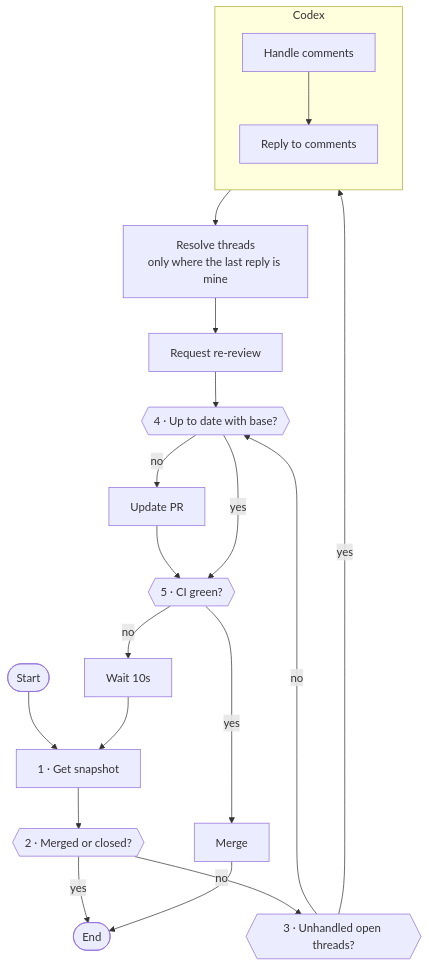
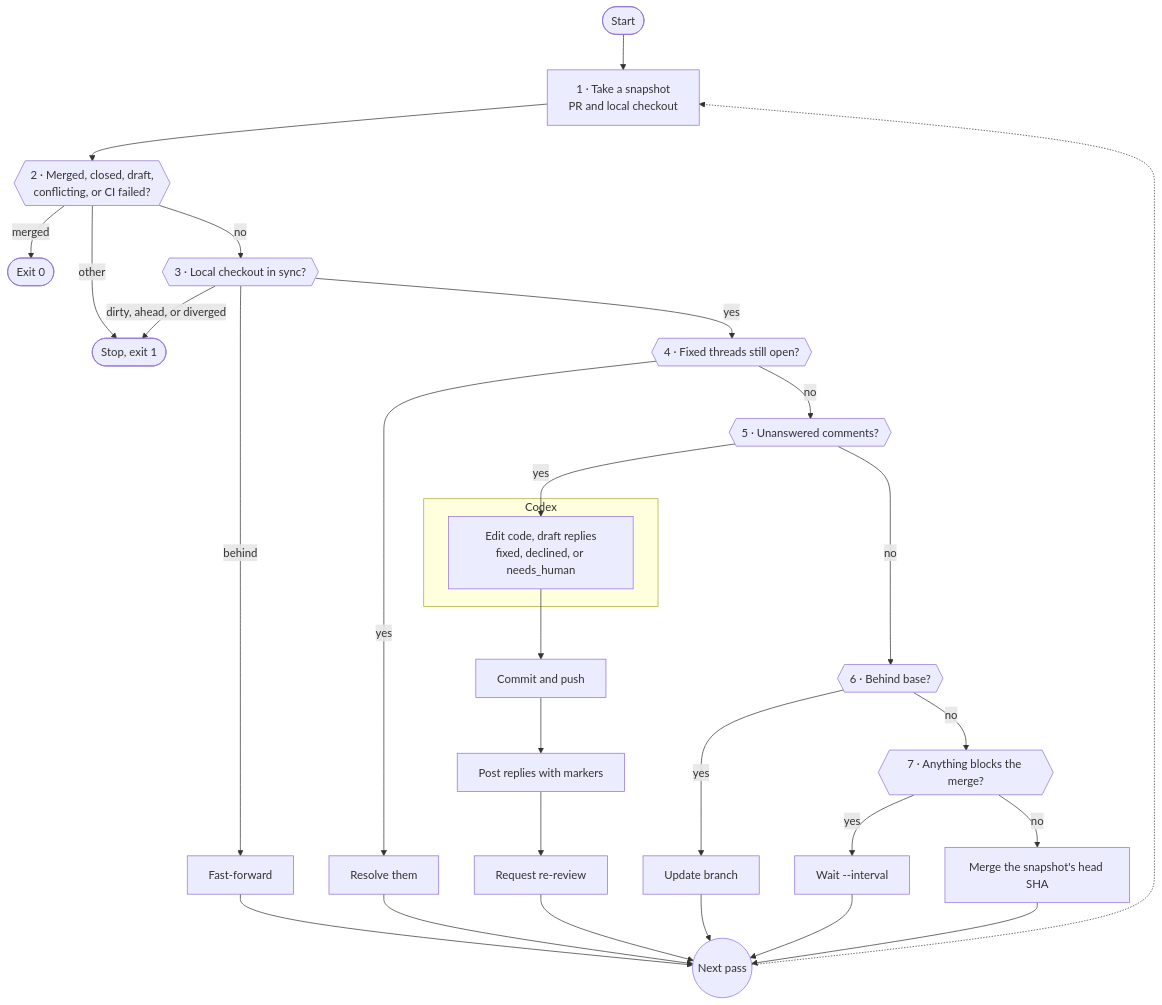
The diagram in README.md (vikrrantshah/baby-sitter), drawn with Mermaid before and after one commit. The commit also changed other lines of this file and 1 other file, not shown here.

Commit message:
docs: described the built babysitter flow (#3)

````diff
--- a/README.md
+++ b/README.md
@@ -9,26 +47,24 @@
 ```mermaid
 flowchart TD
-  START([Start]) --> SNAP
-
-  SNAP["1 · Get snapshot"] --> MC{{"2 · Merged or closed?"}}
-  MC -- yes --> END([End])
-  MC -- no --> TH{{"3 · Unhandled open threads?"}}
-
-  TH -- yes --> HC
+  START([Start]) --> SNAP["1 · Take a snapshot<br/>PR and local checkout"]
+  SNAP --> T{{"2 · Merged, closed, draft,<br/>conflicting, or CI failed?"}}
+  T -- merged --> DONE([Exit 0])
+  T -- other --> STOP([Stop, exit 1])
+  T -- no --> L{{"3 · Local checkout in sync?"}}
+  L -- behind --> FF["Fast-forward"] --> NEXT
+  L -- "dirty, ahead, or diverged" --> STOP
+  L -- yes --> RF{{"4 · Fixed threads still open?"}}
+  RF -- yes --> RES["Resolve them"] --> NEXT
+  RF -- no --> UH{{"5 · Unanswered comments?"}}
+  UH -- yes --> HC
   subgraph CODEX ["Codex"]
-    direction TB
-    HC["Handle comments"] --> RC["Reply to comments"]
+    HC["Edit code, draft replies<br/>fixed, declined, or needs_human"]
   end
-  RC --> RS["Resolve threads<br/>only where the last reply is mine"]
-  RS --> RQ["Request re-review"]
-  RQ --> UTD
-  TH -- no --> UTD
-
-  UTD{{"4 · Up to date with base?"}}
-  UTD -- no --> UP["Update PR"] --> CI
-  UTD -- yes --> CI
-
-  CI{{"5 · CI green?"}}
-  CI -- yes --> MERGE["Merge"] --> END
-  CI -- no --> WAIT["Wait 10s"] --> SNAP
+  HC --> PUSH["Commit and push"] --> REPLY["Post replies with markers"] --> RR["Request re-review"] --> NEXT
+  UH -- no --> BE{{"6 · Behind base?"}}
+  BE -- yes --> UP["Update branch"] --> NEXT
+  BE -- no --> G{{"7 · Anything blocks the merge?"}}
+  G -- yes --> WAIT["Wait --interval"] --> NEXT
+  G -- no --> MERGE["Merge the snapshot's head SHA"] --> NEXT
+  NEXT(("Next pass")) -.-> SNAP
 ```
````
